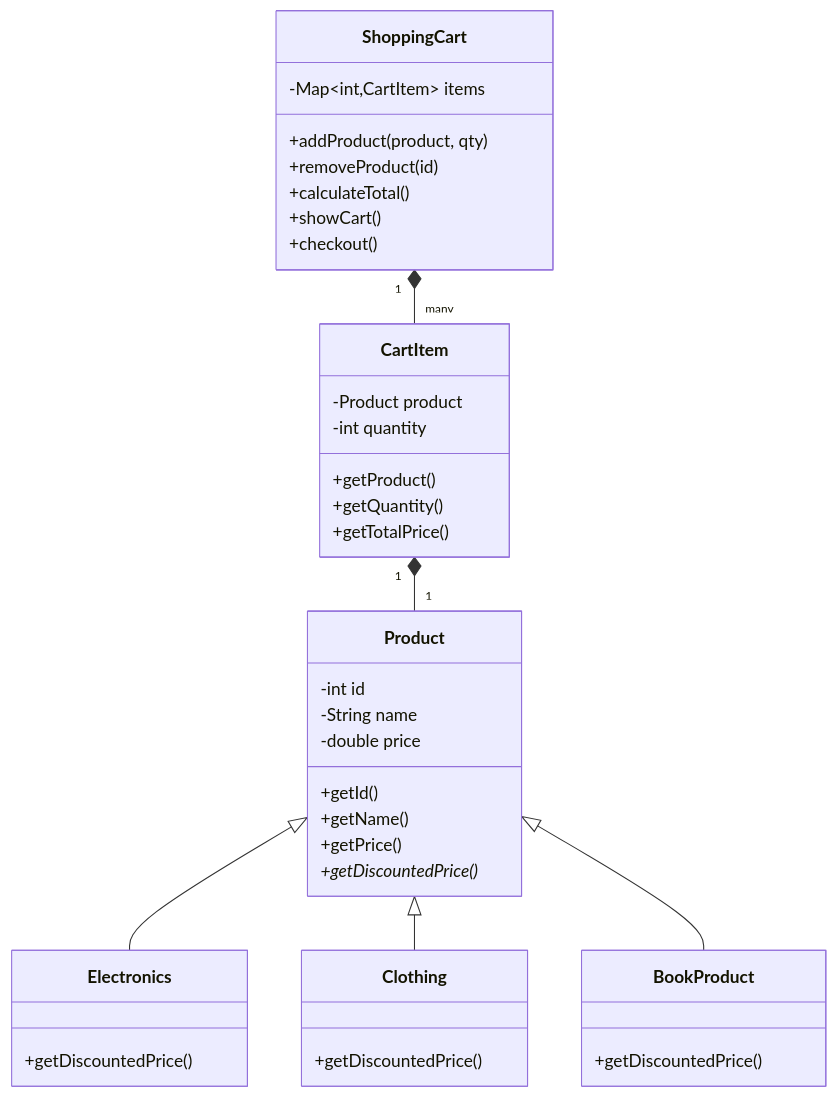
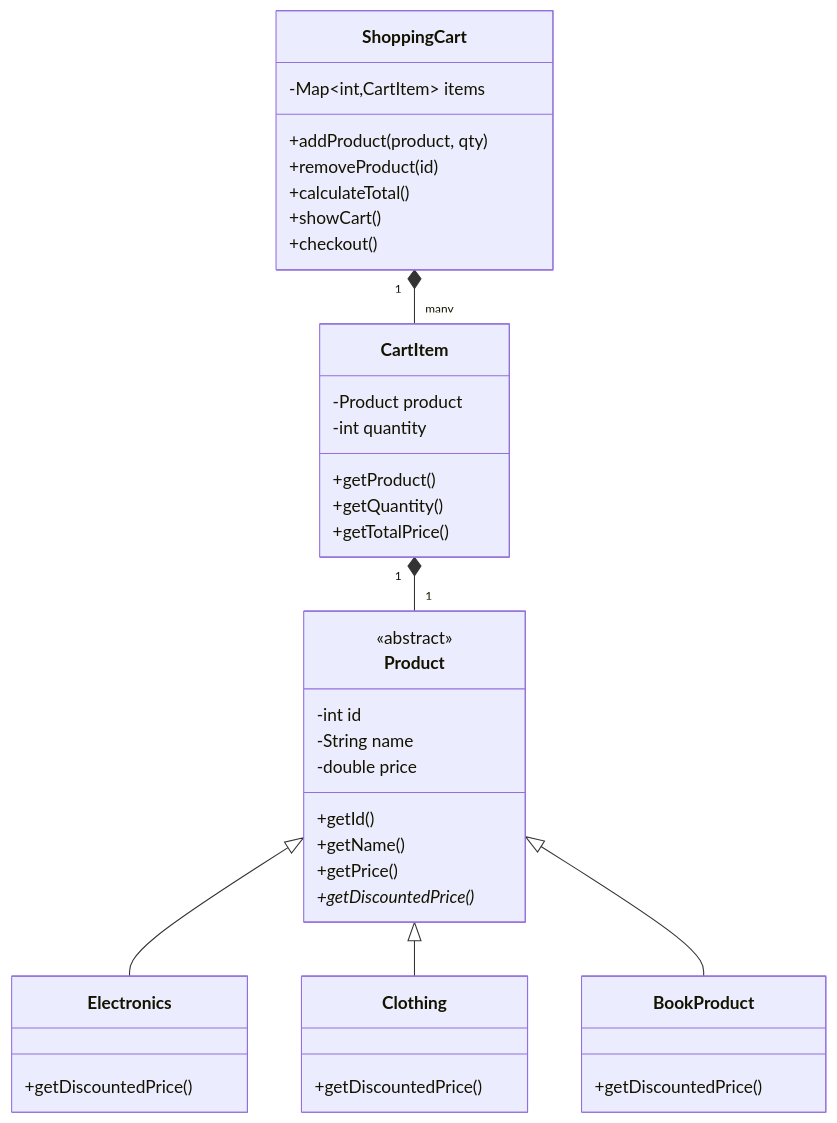
Before and after one commit to srimani-ravikumar/interview-prep: the diagram in OOP/2_Problems_Solving_Using_OOP/Medium/Online_Shopping_Cart/OnlineShoppingCart.md, drawn with Mermaid.

Commit message:
added the abstract tag uml diagram

````diff
--- a/OOP/2_Problems_Solving_Using_OOP/Medium/Online_Shopping_Cart/OnlineShoppingCart.md
+++ b/OOP/2_Problems_Solving_Using_OOP/Medium/Online_Shopping_Cart/OnlineShoppingCart.md
@@ -1,50 +1,51 @@
 ```mermaid
 
 classDiagram
     class Product {
+        <<abstract>>
         -int id
         -String name
         -double price
         +getId()
         +getName()
         +getPrice()
         +getDiscountedPrice()*
     }
 
     class Electronics {
         +getDiscountedPrice()
     }
 
     class Clothing {
         +getDiscountedPrice()
     }
 
     class BookProduct {
         +getDiscountedPrice()
     }
 
     class CartItem {
         -Product product
         -int quantity
         +getProduct()
         +getQuantity()
         +getTotalPrice()
     }
 
     class ShoppingCart {
         -Map~int,CartItem~ items
         +addProduct(product, qty)
         +removeProduct(id)
         +calculateTotal()
         +showCart()
         +checkout()
     }
 
     Product <|-- Electronics
     Product <|-- Clothing
     Product <|-- BookProduct
 
     ShoppingCart "1" *-- "many" CartItem
     CartItem "1" *-- "1" Product
 
 ```
````
